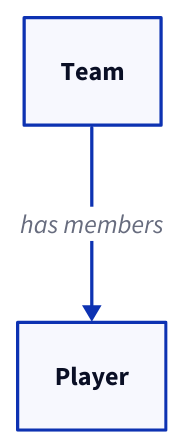
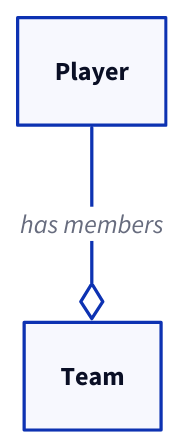
The second of 7 diagrams in d2-diagram/references/uml-2.5.1-notation.md (Eryc123Y/personal-skills), drawn with D2 before and after one commit. The commit also changed other lines of this file and 15 other files, not shown here.

````diff
--- a/d2-diagram/references/uml-2.5.1-notation.md
+++ b/d2-diagram/references/uml-2.5.1-notation.md
@@ -30,6 +30,6 @@
 ```d2
-Team -> Player: has members {
+Team <- Player: has members {
   source-arrowhead.shape: diamond
   source-arrowhead.style.filled: false
 }
 ```
````
